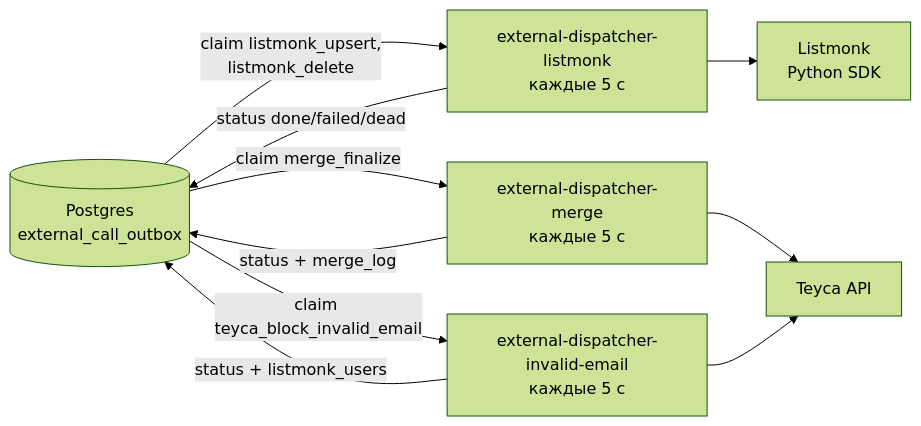
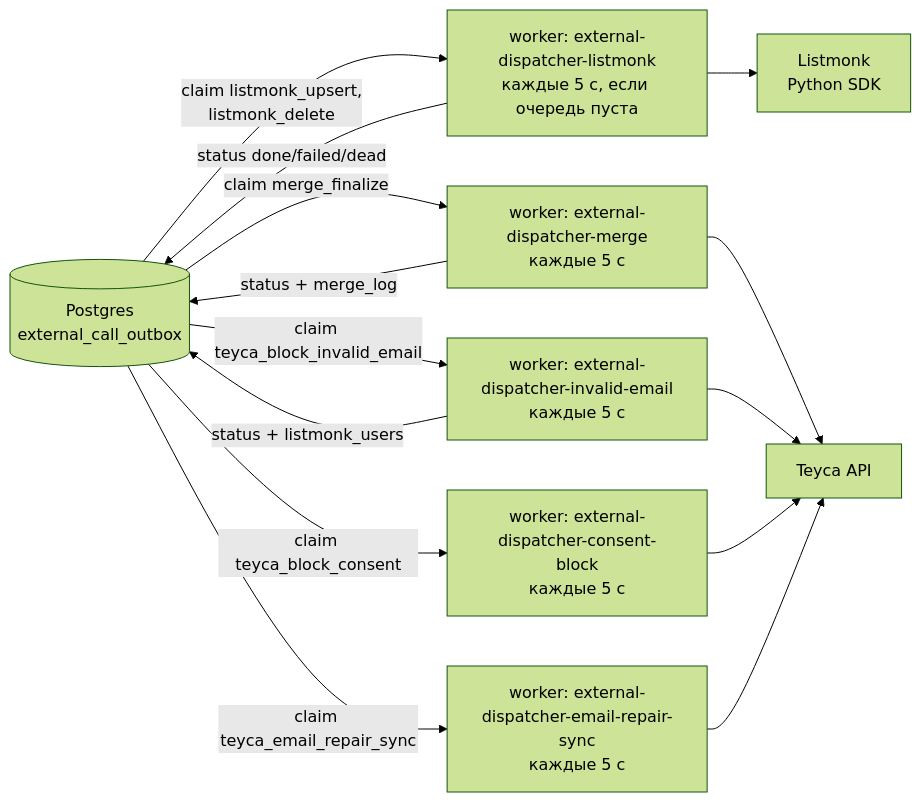
One commit to Nikita-Silent/teyca-sync changed the second of 11 diagrams in docs/current-runtime-flow.md. Above: the diagram before and after it, drawn with Mermaid (forest theme). The commit also changed other lines of this file and 11 other files, not shown here.

````diff
--- a/docs/current-runtime-flow.md
+++ b/docs/current-runtime-flow.md
@@ -75,13 +80,17 @@
 ```mermaid
 flowchart LR
     PG[("Postgres<br/>external_call_outbox")]
-    PG -->|"claim listmonk_upsert,<br/>listmonk_delete"| DLM["external-dispatcher-listmonk<br/>каждые 5 c"]
-    PG -->|"claim merge_finalize"| DMG["external-dispatcher-merge<br/>каждые 5 c"]
-    PG -->|"claim teyca_block_invalid_email"| DIE["external-dispatcher-invalid-email<br/>каждые 5 c"]
+    PG -->|"claim listmonk_upsert,<br/>listmonk_delete"| DLM["worker: external-dispatcher-listmonk<br/>каждые 5 c, если очередь пуста"]
+    PG -->|"claim merge_finalize"| DMG["worker: external-dispatcher-merge<br/>каждые 5 c"]
+    PG -->|"claim teyca_block_invalid_email"| DIE["worker: external-dispatcher-invalid-email<br/>каждые 5 c"]
+    PG -->|"claim teyca_block_consent"| DCB["worker: external-dispatcher-consent-block<br/>каждые 5 c"]
+    PG -->|"claim teyca_email_repair_sync"| DER["worker: external-dispatcher-email-repair-sync<br/>каждые 5 c"]
     DLM --> LM["Listmonk<br/>Python SDK"]
     DMG --> TY["Teyca API"]
     DIE --> TY
+    DCB --> TY
+    DER --> TY
     DLM -->|"status done/failed/dead"| PG
     DMG -->|"status + merge_log"| PG
     DIE -->|"status + listmonk_users"| PG
 ```
````
